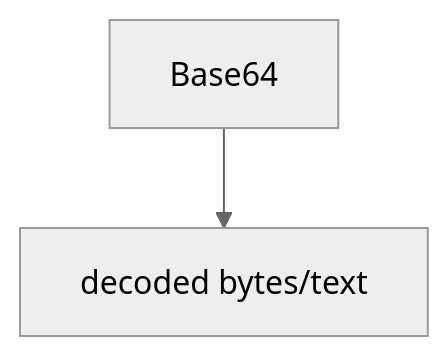
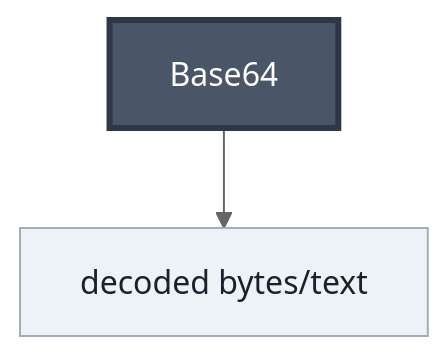
Before and after one commit to JuanCrakYT/RtG-Format: the eighth of 11 diagrams in compression/encoding.md, drawn with Mermaid (neutral theme). The commit also changed other lines of this file and 5 other files, not shown here.

Commit message:
Mermaid Refresh

````diff
--- a/compression/encoding.md
+++ b/compression/encoding.md
@@ -562,4 +562,11 @@
 ```mermaid
 flowchart TD
     A["Base64"] --> B["decoded bytes/text"]
+
+    classDef root fill:#4a5568,color:#fff,stroke:#2d3748,stroke-width:3px;
+    classDef branch fill:#2b6cb0,color:#fff,stroke:#2c5282,stroke-width:2px;
+    classDef detail fill:#edf2f7,color:#1a202c,stroke:#a0aec0;
+
+    class A root;
+    class B detail;
 ```
````
